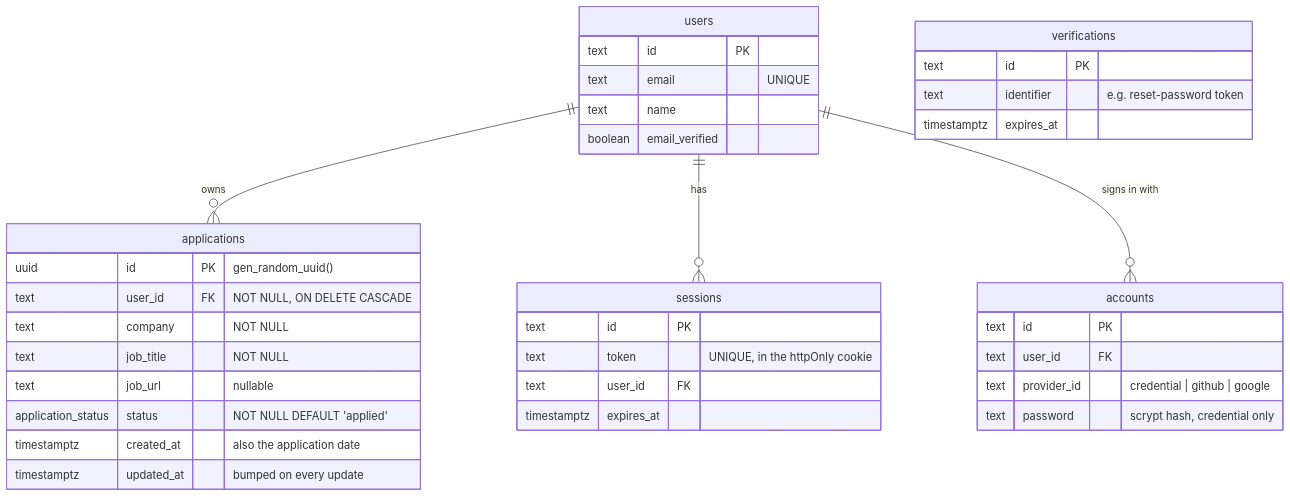
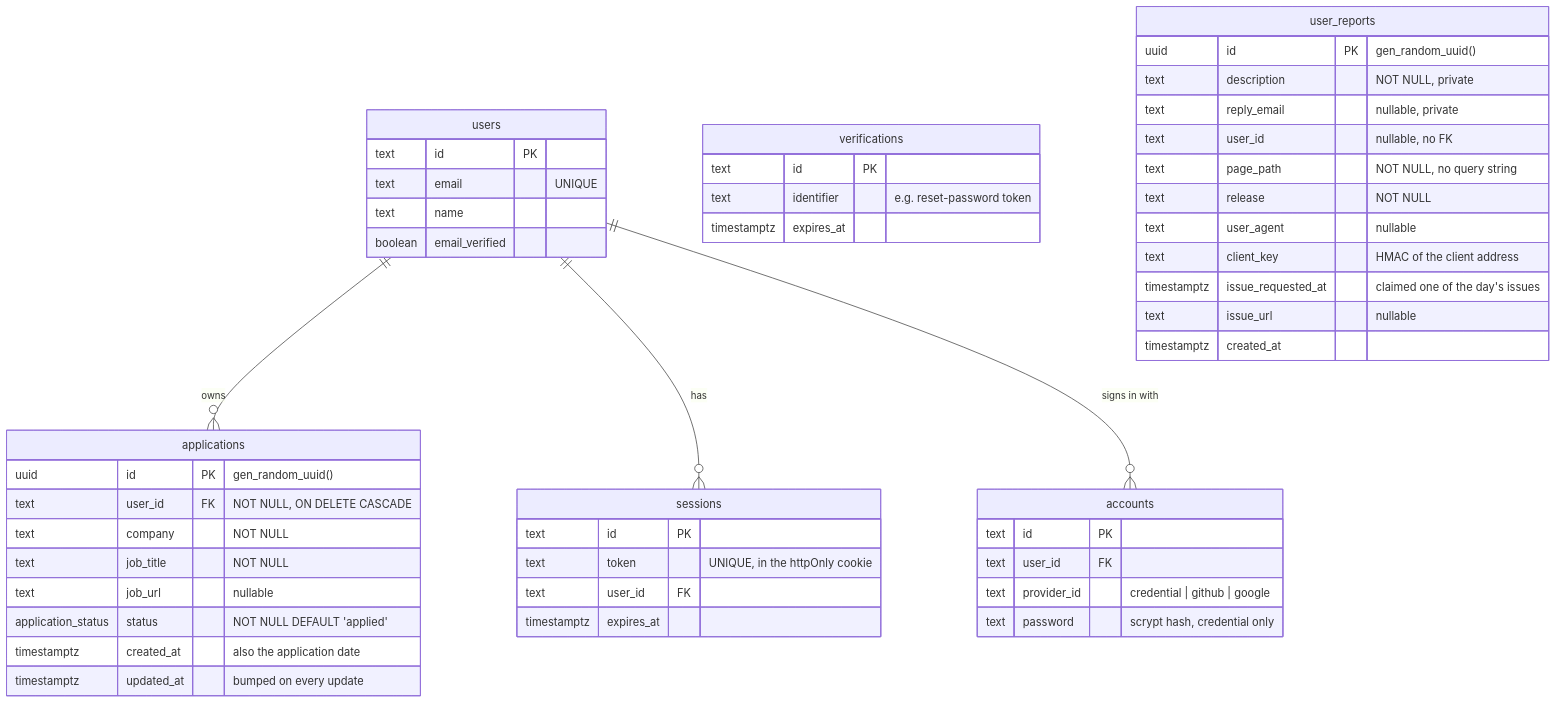
Before and after one commit to brianpatterson/roundtable: the third of 8 diagrams in docs/architecture.md, drawn with Mermaid. The commit also changed other lines of this file and 6 other files, not shown here.

Commit message:
docs: ADR-0037 for problem reports, architecture, token setup and env

````diff
--- a/docs/architecture.md
+++ b/docs/architecture.md
@@ -151,39 +170,52 @@
 ```mermaid
 erDiagram
   users ||--o{ applications : owns
   users ||--o{ sessions : has
   users ||--o{ accounts : "signs in with"
   users {
     text id PK
     text email "UNIQUE"
     text name
     boolean email_verified
   }
   sessions {
     text id PK
     text token "UNIQUE, in the httpOnly cookie"
     text user_id FK
     timestamptz expires_at
   }
   accounts {
     text id PK
     text user_id FK
     text provider_id "credential | github | google"
     text password "scrypt hash, credential only"
   }
   verifications {
     text id PK
     text identifier "e.g. reset-password token"
     timestamptz expires_at
   }
   applications {
     uuid id PK "gen_random_uuid()"
     text user_id FK "NOT NULL, ON DELETE CASCADE"
     text company "NOT NULL"
     text job_title "NOT NULL"
     text job_url "nullable"
     application_status status "NOT NULL DEFAULT 'applied'"
     timestamptz created_at "also the application date"
     timestamptz updated_at "bumped on every update"
   }
+  user_reports {
+    uuid id PK "gen_random_uuid()"
+    text description "NOT NULL, private"
+    text reply_email "nullable, private"
+    text user_id "nullable, no FK"
+    text page_path "NOT NULL, no query string"
+    text release "NOT NULL"
+    text user_agent "nullable"
+    text client_key "HMAC of the client address"
+    timestamptz issue_requested_at "claimed one of the day's issues"
+    text issue_url "nullable"
+    timestamptz created_at
+  }
 ```
````
